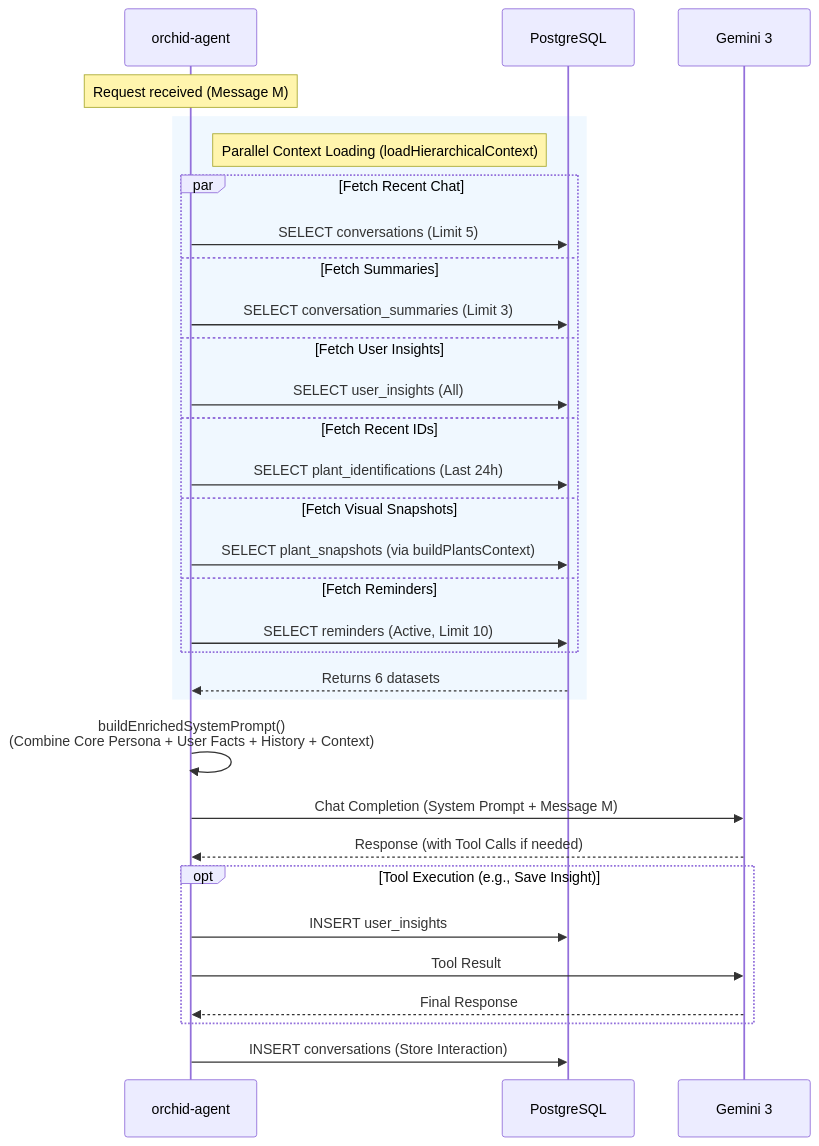
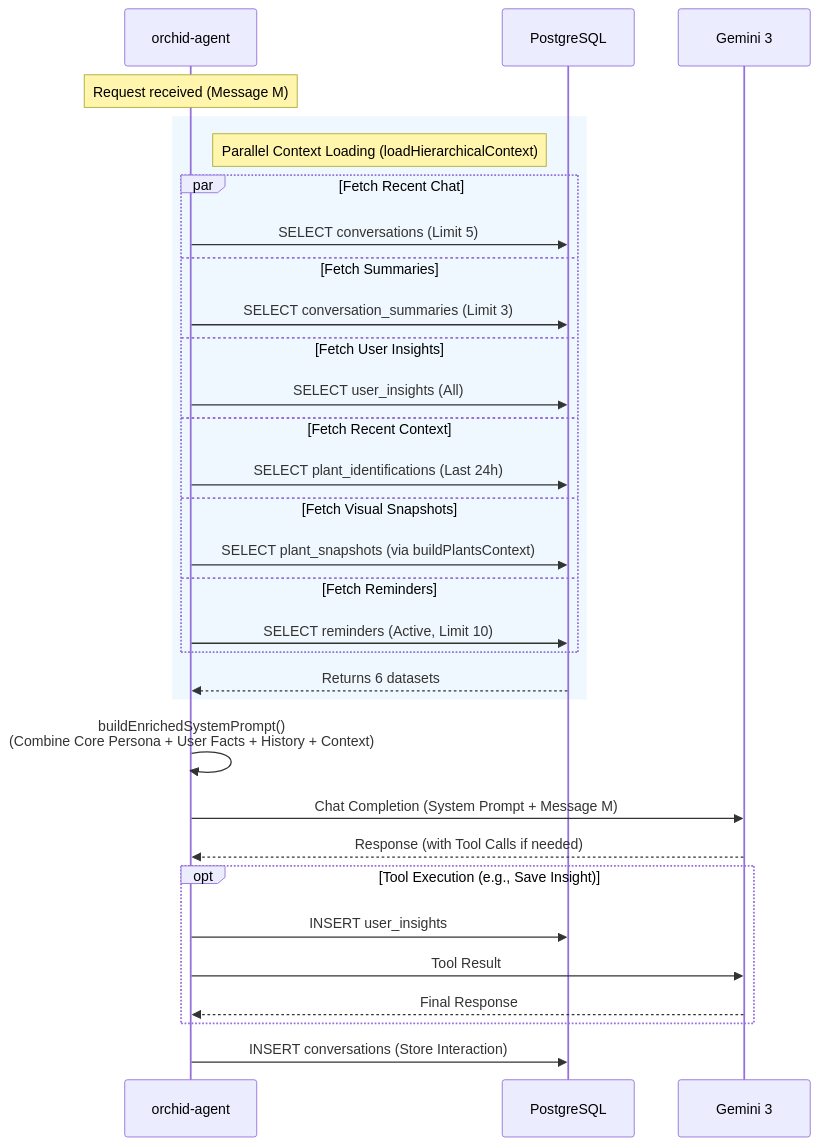
Before and after one commit to masudl-hub/orchidcare: the third of 5 diagrams in docs/DIAGRAMS.md, drawn with Mermaid. The commit also changed other lines of this file, not shown here.

First line of the commit message:
Add comprehensive technical diagrams to docs/DIAGRAMS.md

````diff
--- a/docs/DIAGRAMS.md
+++ b/docs/DIAGRAMS.md
@@ -168,40 +176,40 @@
 ```mermaid
 sequenceDiagram
     participant Agent as orchid-agent
     participant DB as PostgreSQL
     participant LLM as Gemini 3
 
     Note over Agent: Request received (Message M)
 
     rect rgb(240, 248, 255)
         Note right of Agent: Parallel Context Loading (loadHierarchicalContext)
         par Fetch Recent Chat
             Agent->>DB: SELECT conversations (Limit 5)
         and Fetch Summaries
             Agent->>DB: SELECT conversation_summaries (Limit 3)
         and Fetch User Insights
             Agent->>DB: SELECT user_insights (All)
-        and Fetch Recent IDs
+        and Fetch Recent Context
             Agent->>DB: SELECT plant_identifications (Last 24h)
         and Fetch Visual Snapshots
             Agent->>DB: SELECT plant_snapshots (via buildPlantsContext)
         and Fetch Reminders
             Agent->>DB: SELECT reminders (Active, Limit 10)
         end
 
         DB-->>Agent: Returns 6 datasets
     end
 
     Agent->>Agent: buildEnrichedSystemPrompt()<br/>(Combine Core Persona + User Facts + History + Context)
 
     Agent->>LLM: Chat Completion (System Prompt + Message M)
     LLM-->>Agent: Response (with Tool Calls if needed)
 
     opt Tool Execution (e.g., Save Insight)
         Agent->>DB: INSERT user_insights
         Agent->>LLM: Tool Result
         LLM-->>Agent: Final Response
     end
 
     Agent->>DB: INSERT conversations (Store Interaction)
 ```
````
